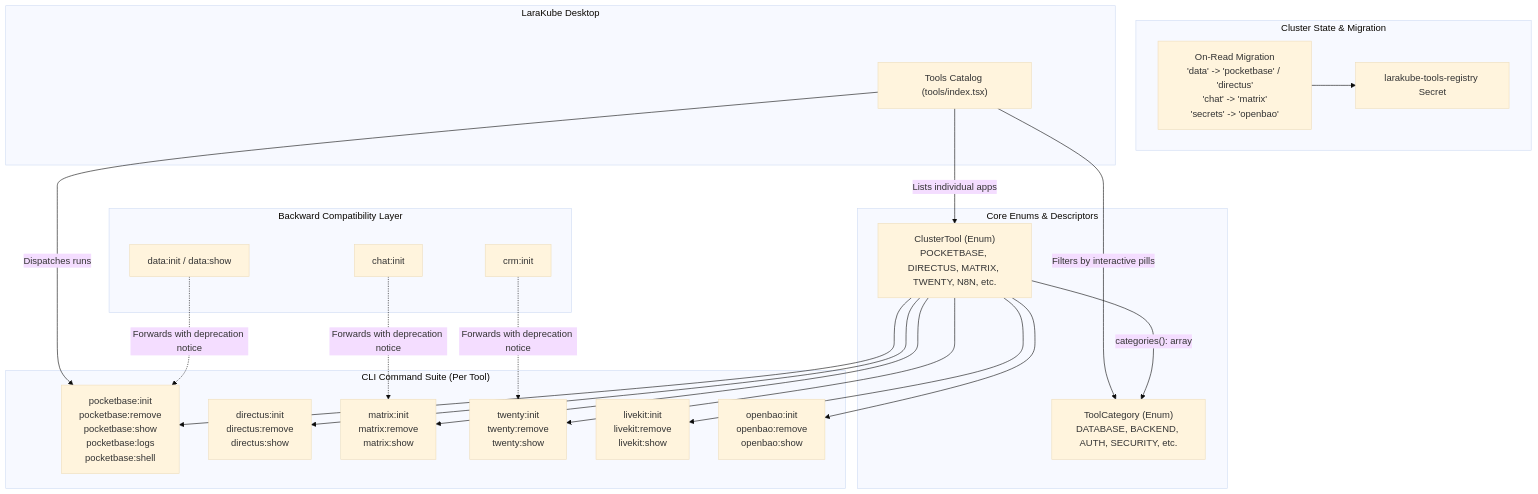
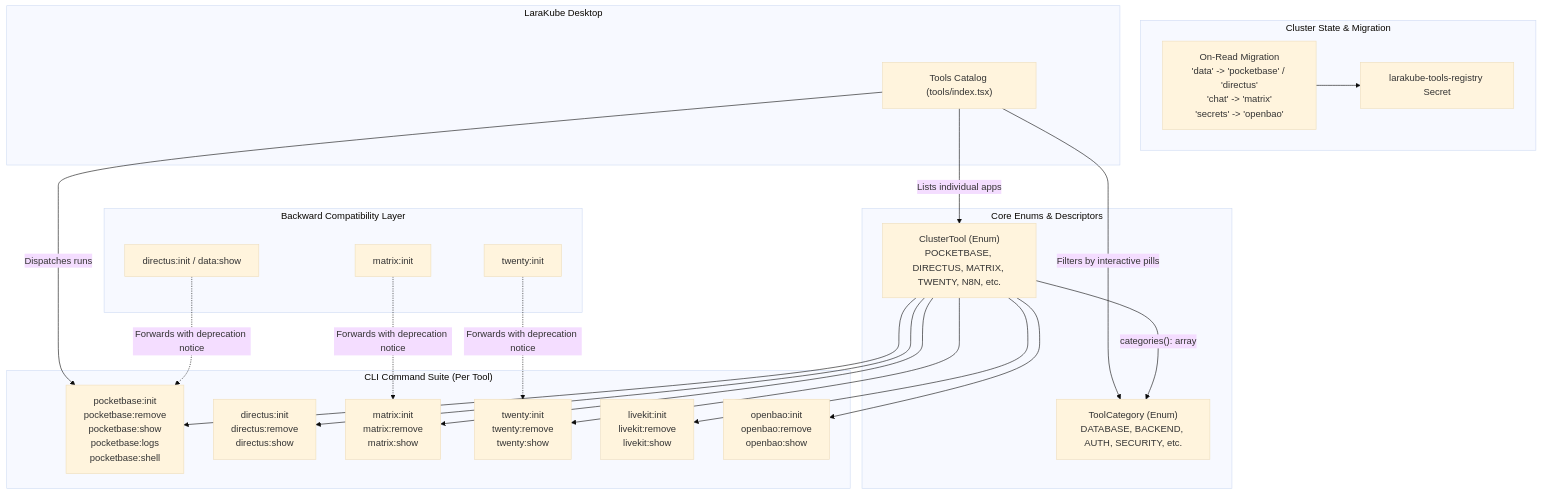
One commit to luchavez-technologies/larakube-cli changed the diagram in plans/active/overhaul-tool-categories-to-individual-tools.md. Above: the diagram before and after it, drawn with Mermaid (base theme). The commit also changed other lines of this file and 330 other files, not shown here.

````diff
--- a/plans/active/overhaul-tool-categories-to-individual-tools.md
+++ b/plans/active/overhaul-tool-categories-to-individual-tools.md
@@ -25,36 +25,36 @@
 ```mermaid
 graph TD
     subgraph "Core Enums & Descriptors"
         TC["ToolCategory (Enum)<br/>DATABASE, BACKEND, AUTH, SECURITY, etc."]
         CT["ClusterTool (Enum)<br/>POCKETBASE, DIRECTUS, MATRIX, TWENTY, N8N, etc."]
         CT -->|"categories(): array<ToolCategory>"| TC
     end
 
     subgraph "CLI Command Suite (Per Tool)"
         CT --> PB["pocketbase:init<br/>pocketbase:remove<br/>pocketbase:show<br/>pocketbase:logs<br/>pocketbase:shell"]
         CT --> DIR["directus:init<br/>directus:remove<br/>directus:show"]
         CT --> MX["matrix:init<br/>matrix:remove<br/>matrix:show"]
         CT --> TW["twenty:init<br/>twenty:remove<br/>twenty:show"]
         CT --> LK["livekit:init<br/>livekit:remove<br/>livekit:show"]
         CT --> OB["openbao:init<br/>openbao:remove<br/>openbao:show"]
     end
 
     subgraph "Backward Compatibility Layer"
-        LEG_DATA["data:init / data:show"] -.->|"Forwards with deprecation notice"| PB
-        LEG_CHAT["chat:init"] -.->|"Forwards with deprecation notice"| MX
-        LEG_CRM["crm:init"] -.->|"Forwards with deprecation notice"| TW
+        LEG_DATA["directus:init / data:show"] -.->|"Forwards with deprecation notice"| PB
+        LEG_CHAT["matrix:init"] -.->|"Forwards with deprecation notice"| MX
+        LEG_CRM["twenty:init"] -.->|"Forwards with deprecation notice"| TW
     end
 
     subgraph "Cluster State & Migration"
         CTR["larakube-tools-registry Secret"]
         MIG["On-Read Migration<br/>'data' -> 'pocketbase' / 'directus'<br/>'chat' -> 'matrix'<br/>'secrets' -> 'openbao'"]
         MIG --> CTR
     end
 
     subgraph "LaraKube Desktop"
         UI["Tools Catalog (tools/index.tsx)"]
         UI -->|"Lists individual apps"| CT
         UI -->|"Filters by interactive pills"| TC
         UI -->|"Dispatches runs"| PB
     end
 ```
````
